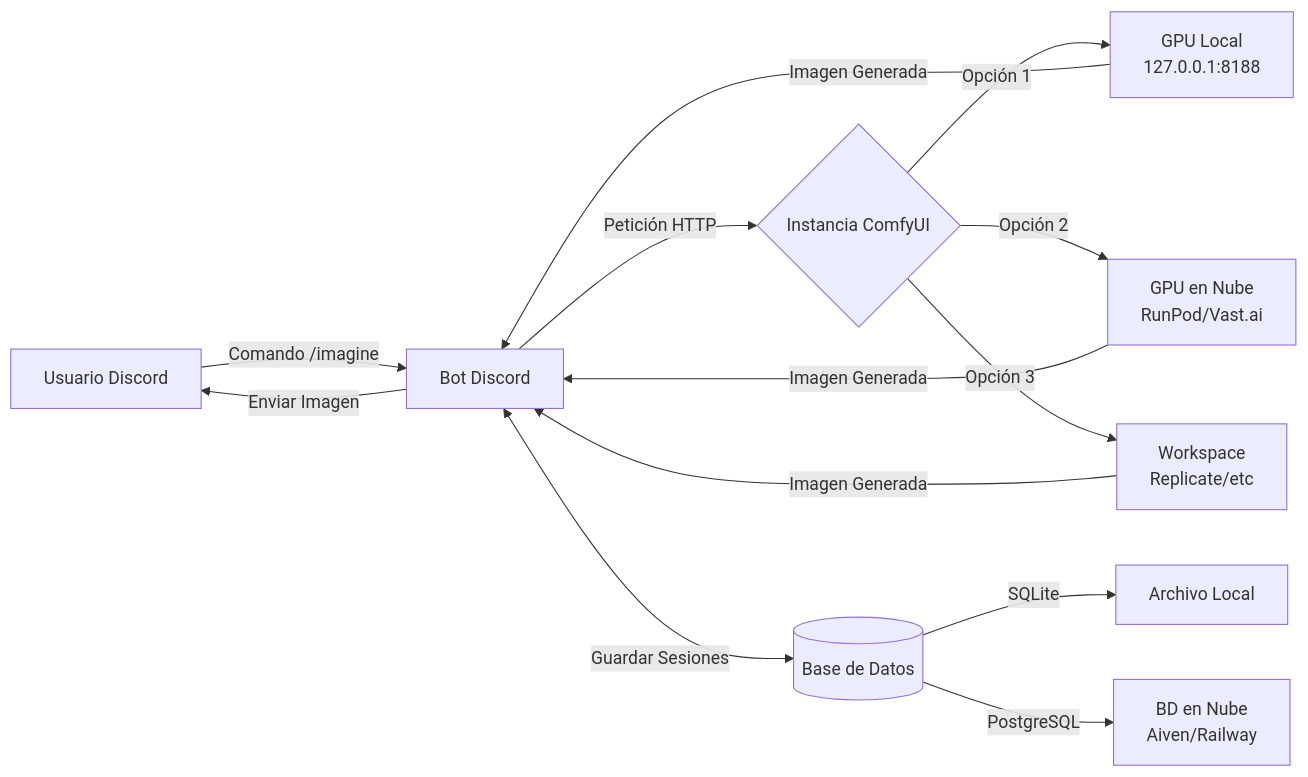
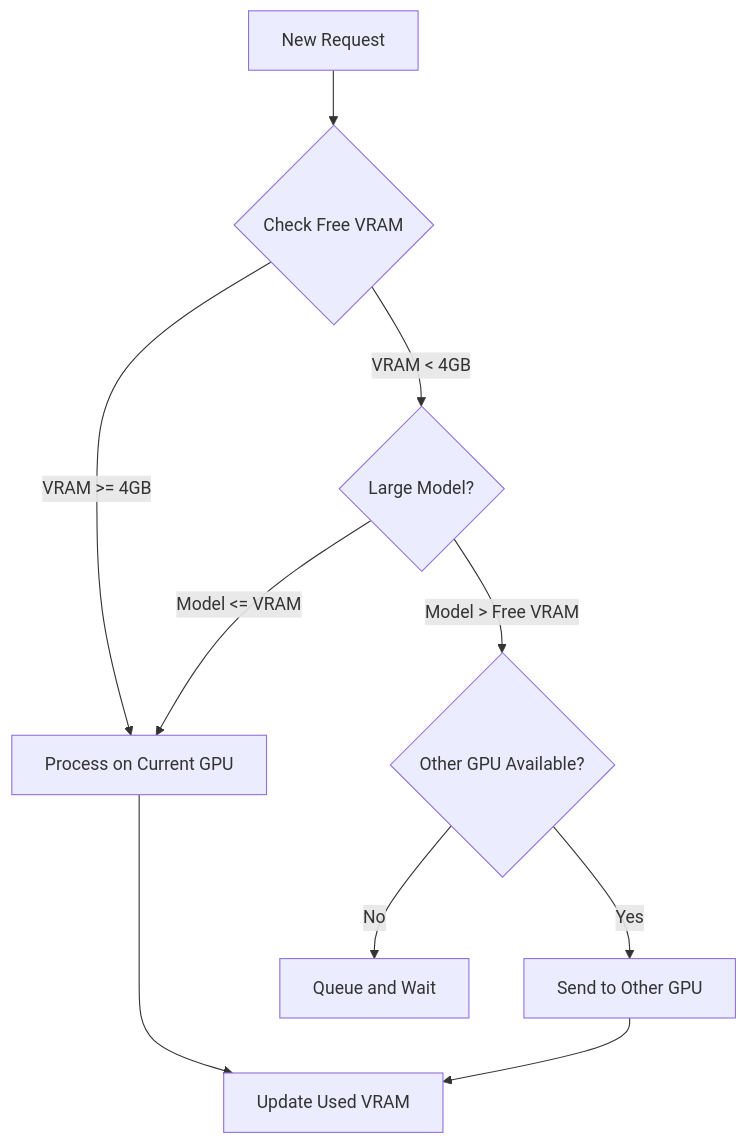
Before and after one commit to fulletLab/FuLLet-AI-Bot: the second of 2 diagrams in README.md, drawn with Mermaid. The commit also changed other lines of this file and 4 other files, not shown here.

````diff
--- a/README.md
+++ b/README.md
@@ -133,15 +91,12 @@
 ```mermaid
-graph LR
-    A[Usuario Discord] -->|Comando /imagine| B[Bot Discord]
-    B -->|Petición HTTP| C{Instancia ComfyUI}
-    C -->|Opción 1| D[GPU Local<br/>127.0.0.1:8188]
-    C -->|Opción 2| E[GPU en Nube<br/>RunPod/Vast.ai]
-    C -->|Opción 3| F[Workspace<br/>Replicate/etc]
-    D -->|Imagen Generada| B
-    E -->|Imagen Generada| B
-    F -->|Imagen Generada| B
-    B -->|Enviar Imagen| A
-    B <-->|Guardar Sesiones| G[(Base de Datos)]
-    G -->|SQLite| H[Archivo Local]
-    G -->|PostgreSQL| I[BD en Nube<br/>Aiven/Railway]
+graph TD
+    A[New Request] --> B{Check Free VRAM}
+    B -->|"VRAM >= 4GB"| C[Process on Current GPU]
+    B -->|"VRAM < 4GB"| D{Large Model?}
+    D -->|"Model > Free VRAM"| E{Other GPU Available?}
+    D -->|"Model <= VRAM"| C
+    E -->|Yes| F[Send to Other GPU]
+    E -->|No| G[Queue and Wait]
+    C --> H[Update Used VRAM]
+    F --> H
 ```
````
